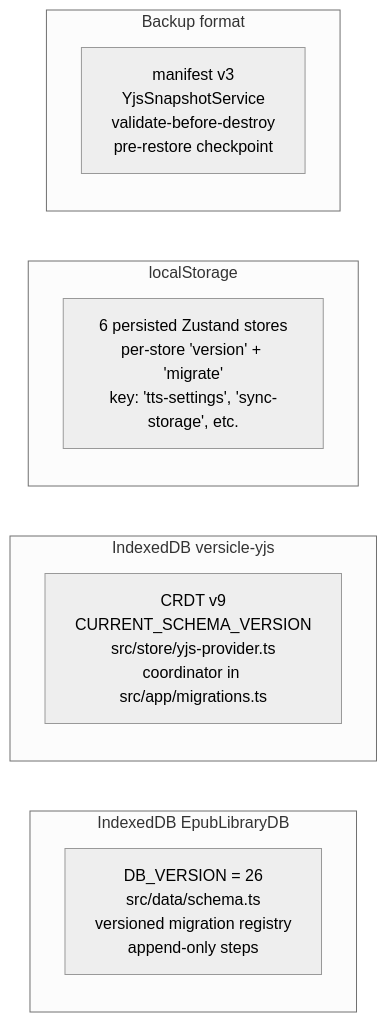
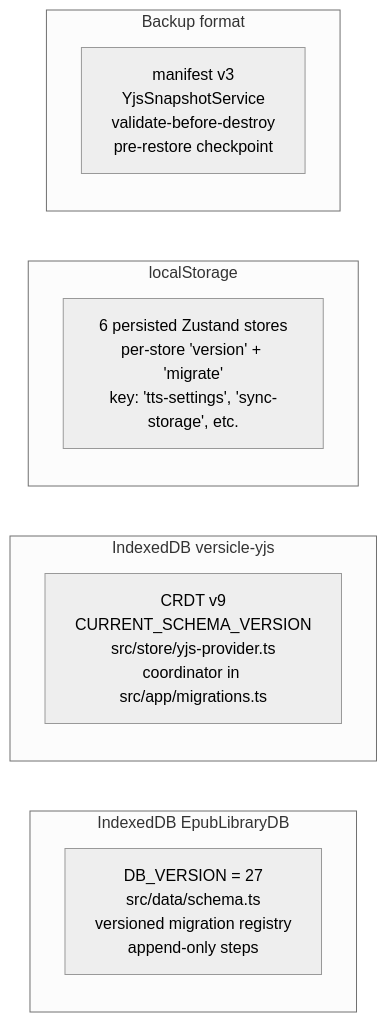
Before and after one commit to vrwarp/versicle: the tenth of 10 diagrams in docs/comprehensive/10-architecture-overview.md, drawn with Mermaid (neutral theme). The commit also changed other lines of this file and 17 other files, not shown here.

````diff
--- a/docs/comprehensive/10-architecture-overview.md
+++ b/docs/comprehensive/10-architecture-overview.md
@@ -998,19 +1147,19 @@
 ```mermaid
 graph LR
     subgraph "IndexedDB EpubLibraryDB"
         direction TB
-        IDB1["DB_VERSION = 26\nsrc/data/schema.ts\nversioned migration registry\nappend-only steps"]
+        IDB1["DB_VERSION = 27\nsrc/data/schema.ts\nversioned migration registry\nappend-only steps"]
     end
     subgraph "IndexedDB versicle-yjs"
         direction TB
         YIDB1["CRDT v9\nCURRENT_SCHEMA_VERSION\nsrc/store/yjs-provider.ts\ncoordinator in src/app/migrations.ts"]
     end
     subgraph "localStorage"
         direction TB
         LS1["6 persisted Zustand stores\nper-store 'version' + 'migrate'\nkey: 'tts-settings', 'sync-storage', etc."]
     end
     subgraph "Backup format"
         direction TB
         BK1["manifest v3\nYjsSnapshotService\nvalidate-before-destroy\npre-restore checkpoint"]
     end
 ```
````
